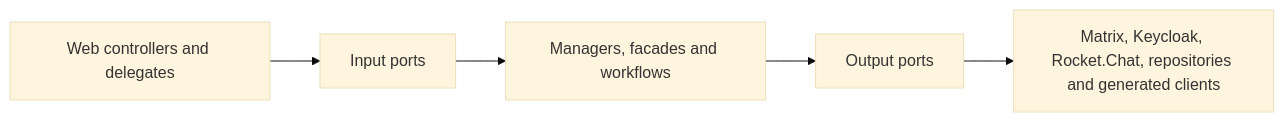
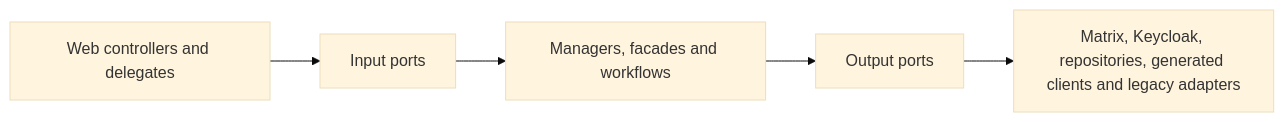
The diagram in documentation/USER_SERVICE_STABILITY.md (OpenResilienceInitiative/ORISO-UserService), drawn with Mermaid (base theme) before and after one commit. The commit also changed other lines of this file and 5 other files, not shown here.

````diff
--- a/documentation/USER_SERVICE_STABILITY.md
+++ b/documentation/USER_SERVICE_STABILITY.md
@@ -193,10 +208,10 @@
 ```mermaid
 flowchart LR
   HTTP[Web controllers and delegates]
   IN[Input ports]
   APP[Managers, facades and workflows]
   OUT[Output ports]
-  ADAPTERS[Matrix, Keycloak, Rocket.Chat, repositories and generated clients]
+  ADAPTERS[Matrix, Keycloak, repositories, generated clients and legacy adapters]
 
   HTTP --> IN --> APP --> OUT --> ADAPTERS
 ```
````
